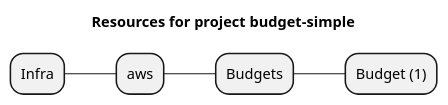
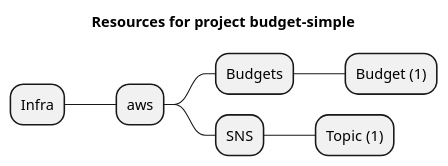
The diagram in examples/aws/Budgets/budget-simple/artifacts/resources-mindmap.puml (grucloud/grucloud), drawn with PlantUML before and after one commit. The commit also changed 3 other files, not shown here.

```diff
--- a/examples/aws/Budgets/budget-simple/artifacts/resources-mindmap.puml
+++ b/examples/aws/Budgets/budget-simple/artifacts/resources-mindmap.puml
@@ -1,8 +1,10 @@
 @startmindmap
 title Resources for project budget-simple
 skinparam monochrome true
 + Infra
 ++ aws
 +++ Budgets
 ++++ Budget (1)
++++ SNS
+++++ Topic (1)
 @endmindmap
```
